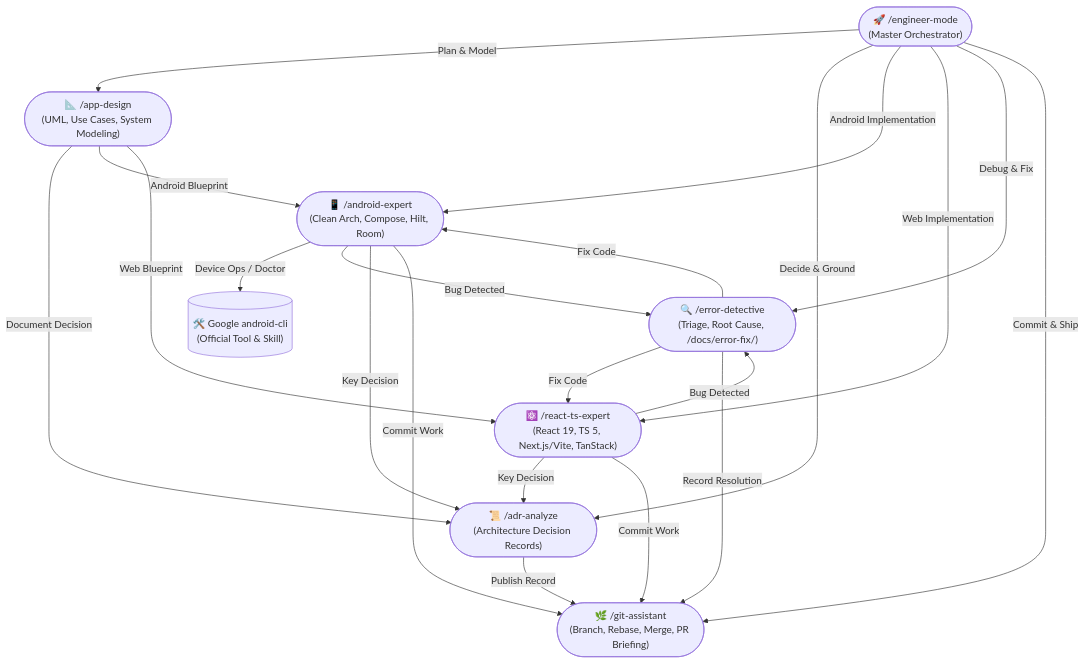
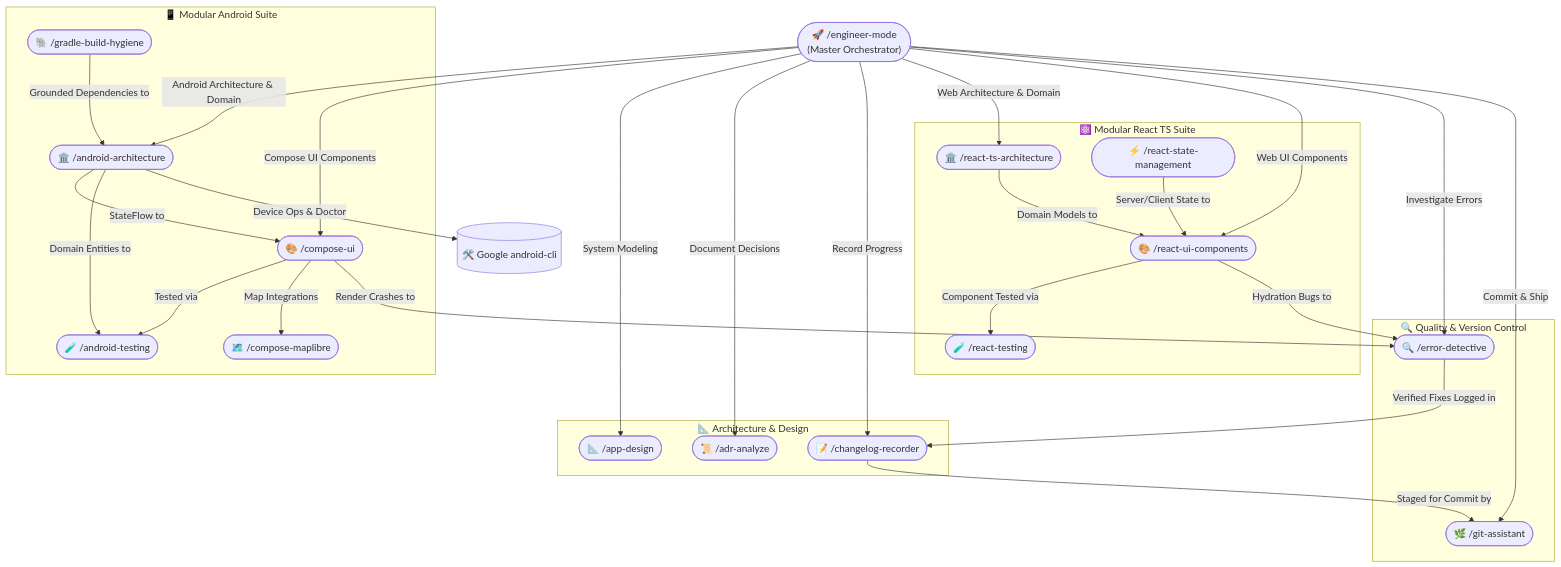
The diagram in engineer-mode/SKILL.md (RidhwanAF/AI-Agent-Skills), drawn with Mermaid before and after one commit. The commit also changed other lines of this file and 21 other files, not shown here.

Commit message:
feat(modular): decompose Android and React skills, add Windows support, changelog recorder, and KMP pure domain standards

````diff
--- a/engineer-mode/SKILL.md
+++ b/engineer-mode/SKILL.md
@@ -16,38 +16,60 @@
 ```mermaid
 flowchart TD
     EM(["🚀 /engineer-mode<br/>(Master Orchestrator)"])
-    
-    AD(["📐 /app-design<br/>(UML, Use Cases, System Modeling)"])
-    ADR(["📜 /adr-analyze<br/>(Architecture Decision Records)"])
-    AE(["📱 /android-expert<br/>(Clean Arch, Compose, Hilt, Room)"])
-    RE(["⚛️ /react-ts-expert<br/>(React 19, TS 5, Next.js/Vite, TanStack)"])
-    ED(["🔍 /error-detective<br/>(Triage, Root Cause, /docs/error-fix/)"])
-    GA(["🌿 /git-assistant<br/>(Branch, Rebase, Merge, PR Briefing)"])
-    ACLI[("🛠️ Google android-cli<br/>(Official Tool & Skill)")]
 
-    EM -->|Plan & Model| AD
-    EM -->|Decide & Ground| ADR
-    EM -->|Android Implementation| AE
-    EM -->|Web Implementation| RE
-    EM -->|Debug & Fix| ED
+    subgraph ArchitectureLayer ["📐 Architecture & Design"]
+        AD(["📐 /app-design"])
+        ADR(["📜 /adr-analyze"])
+        CR(["📝 /changelog-recorder"])
+    end
+
+    subgraph AndroidSuite ["📱 Modular Android Suite"]
+        AA(["🏛️ /android-architecture"])
+        CUI(["🎨 /compose-ui"])
+        ML(["🗺️ /compose-maplibre"])
+        AT(["🧪 /android-testing"])
+        GBH(["🐘 /gradle-build-hygiene"])
+    end
+
+    subgraph ReactSuite ["⚛️ Modular React TS Suite"]
+        RTA(["🏛️ /react-ts-architecture"])
+        RUI(["🎨 /react-ui-components"])
+        RSM(["⚡ /react-state-management"])
+        RT(["🧪 /react-testing"])
+    end
+
+    subgraph QualityAndShipping ["🔍 Quality & Version Control"]
+        ED(["🔍 /error-detective"])
+        GA(["🌿 /git-assistant"])
+    end
+
+    GoogleCLI[("🛠️ Google android-cli")]
+
+    %% Orchestrator routing
+    EM -->|System Modeling| AD
+    EM -->|Document Decisions| ADR
+    EM -->|Record Progress| CR
+    EM -->|Android Architecture & Domain| AA
+    EM -->|Compose UI Components| CUI
+    EM -->|Web Architecture & Domain| RTA
+    EM -->|Web UI Components| RUI
+    EM -->|Investigate Errors| ED
     EM -->|Commit & Ship| GA
 
-    AD -->|Document Decision| ADR
-    AD -->|Android Blueprint| AE
-    AD -->|Web Blueprint| RE
+    %% Inter-skill collaboration
+    AA -->|StateFlow to| CUI
+    AA -->|Domain Entities to| AT
+    CUI -->|Tested via| AT
+    CUI -->|Map Integrations| ML
+    GBH -->|Grounded Dependencies to| AA
 
-    AE -->|Device Ops / Doctor| ACLI
-    AE -->|Bug Detected| ED
-    AE -->|Key Decision| ADR
-    AE -->|Commit Work| GA
+    RTA -->|Domain Models to| RUI
+    RSM -->|Server/Client State to| RUI
+    RUI -->|Component Tested via| RT
 
-    RE -->|Bug Detected| ED
-    RE -->|Key Decision| ADR
-    RE -->|Commit Work| GA
-
-    ED -->|Fix Code| AE
-    ED -->|Fix Code| RE
-    ED -->|Record Resolution| GA
-
-    ADR -->|Publish Record| GA
+    AA -->|Device Ops & Doctor| GoogleCLI
+    CUI -->|Render Crashes to| ED
+    RUI -->|Hydration Bugs to| ED
+    ED -->|Verified Fixes Logged in| CR
+    CR -->|Staged for Commit by| GA
 ```
````
